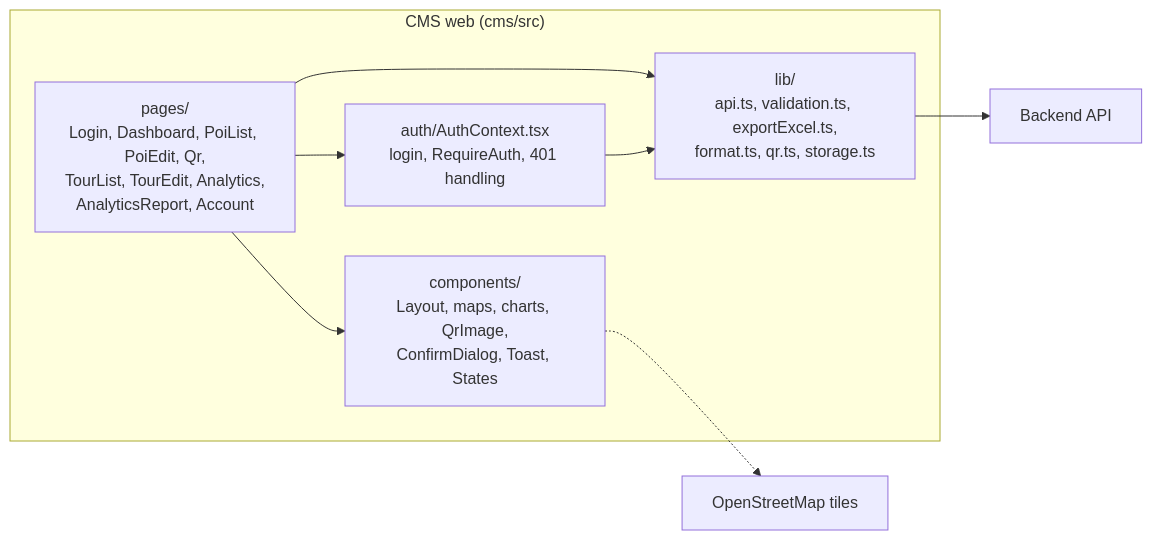
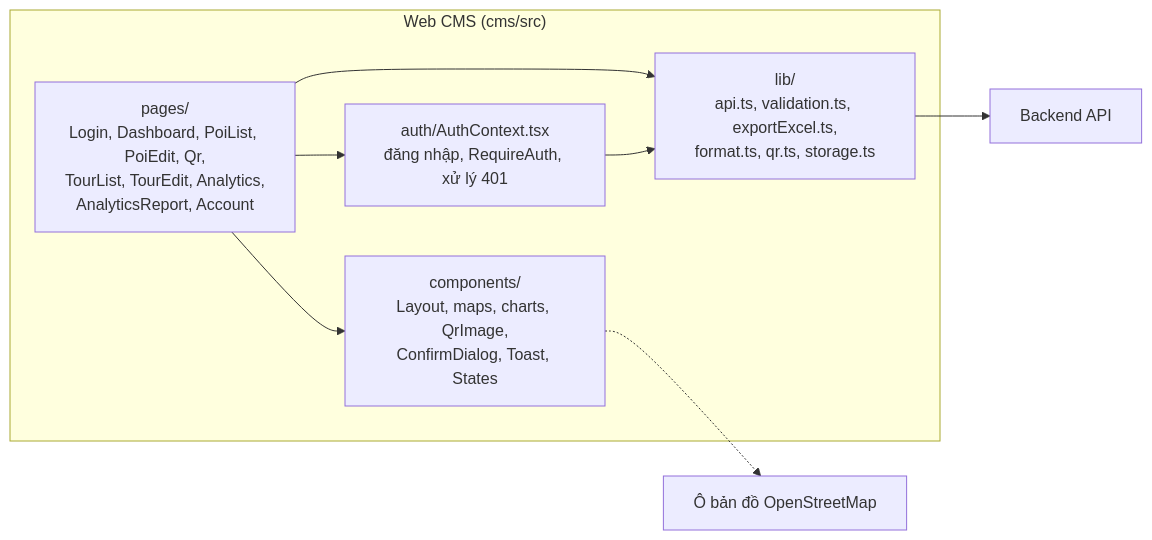
Before and after one commit to AiraLeFatale/CongNghePhanMem_Project: the fourth of 19 diagrams in docs/02-design.md, drawn with Mermaid. The commit also changed other lines of this file and 11 other files, not shown here.

````diff
--- a/docs/02-design.md
+++ b/docs/02-design.md
@@ -181,18 +181,18 @@
 ```mermaid
 flowchart LR
-    subgraph CMS["CMS web (cms/src)"]
-        AUTH["auth/AuthContext.tsx<br/>login, RequireAuth, 401 handling"]
+    subgraph CMS["Web CMS (cms/src)"]
+        AUTH["auth/AuthContext.tsx<br/>đăng nhập, RequireAuth, xử lý 401"]
         PAGES["pages/<br/>Login, Dashboard, PoiList, PoiEdit, Qr,<br/>TourList, TourEdit, Analytics,<br/>AnalyticsReport, Account"]
         COMP["components/<br/>Layout, maps, charts, QrImage,<br/>ConfirmDialog, Toast, States"]
         LIB["lib/<br/>api.ts, validation.ts, exportExcel.ts,<br/>format.ts, qr.ts, storage.ts"]
     end
     API["Backend API"]
-    TILES["OpenStreetMap tiles"]
+    TILES["Ô bản đồ OpenStreetMap"]
 
     PAGES --> AUTH
     PAGES --> COMP
     PAGES --> LIB
     AUTH --> LIB
     LIB --> API
     COMP -.-> TILES
 ```
````
